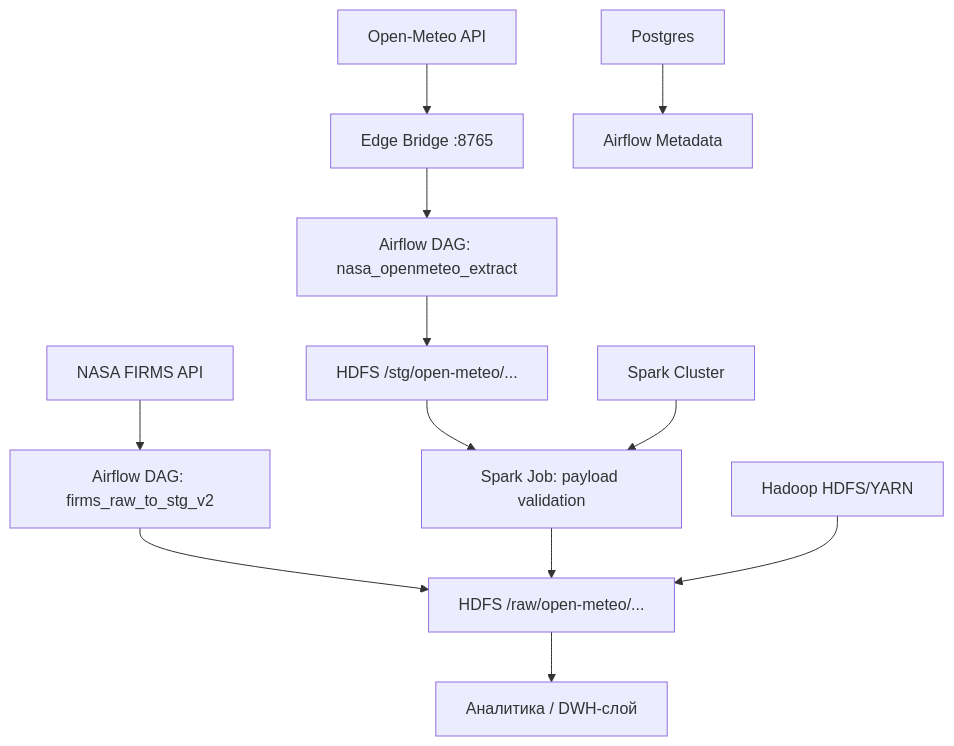
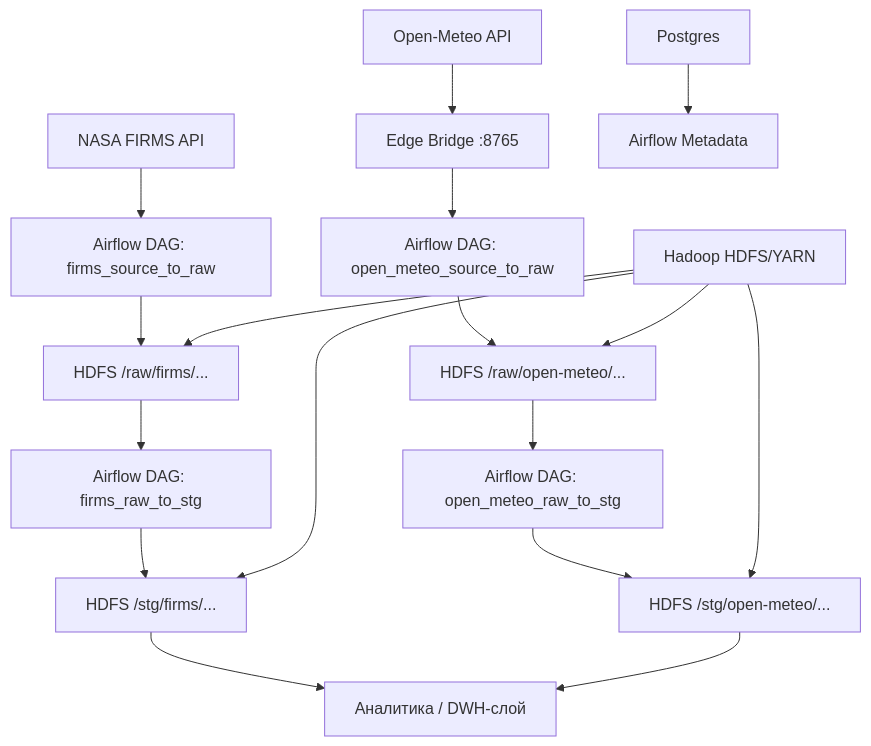
One commit to anatoliy266/MyLittleCluster changed the diagram in README.md. Above: the diagram before and after it, drawn with Mermaid. The commit also changed other lines of this file and 3 other files, not shown here.

Commit message:
build.py+readme+open meteo pipeline

````diff
--- a/README.md
+++ b/README.md
@@ -34,14 +34,21 @@
 ```mermaid
 graph TD
-  A[NASA FIRMS API] --> B[Airflow DAG: firms_raw_to_stg_v2]
-  C[Open-Meteo API] --> D[Edge Bridge :8765]
-  D --> E[Airflow DAG: nasa_openmeteo_extract]
-  B --> F[HDFS /raw/firms/...]
-  E --> G[HDFS /stg/open-meteo/...]
-  G --> H[Spark Job: payload validation]
-  H --> F[HDFS /raw/open-meteo/...]
-  F --> I[Аналитика / DWH-слой]
-  J[Postgres] --> K[Airflow Metadata]
-  L[Spark Cluster] --> H
-  M[Hadoop HDFS/YARN] --> F
+  A[NASA FIRMS API] --> B[Airflow DAG: firms_source_to_raw]
+  B --> C[HDFS /raw/firms/...]
+  C --> D[Airflow DAG: firms_raw_to_stg]
+  D --> E[HDFS /stg/firms/...]
+  
+  F[Open-Meteo API] --> G[Edge Bridge :8765]
+  G --> H[Airflow DAG: open_meteo_source_to_raw]
+  H --> I[HDFS /raw/open-meteo/...]
+  I --> J[Airflow DAG: open_meteo_raw_to_stg]
+  J --> K[HDFS /stg/open-meteo/...]
+  
+  E --> L[Аналитика / DWH-слой]
+  K --> L
+  M[Postgres] --> N[Airflow Metadata]
+  O[Hadoop HDFS/YARN] --> C
+  O --> E
+  O --> I
+  O --> K
 ```
````
